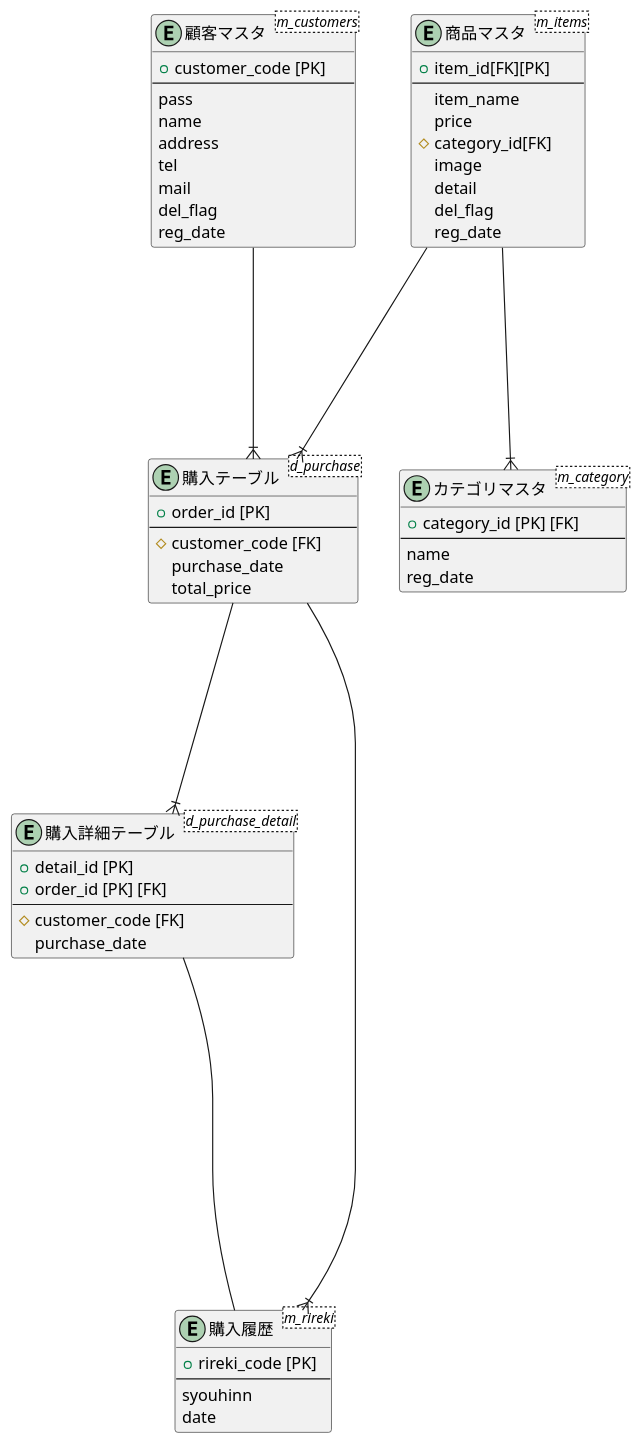
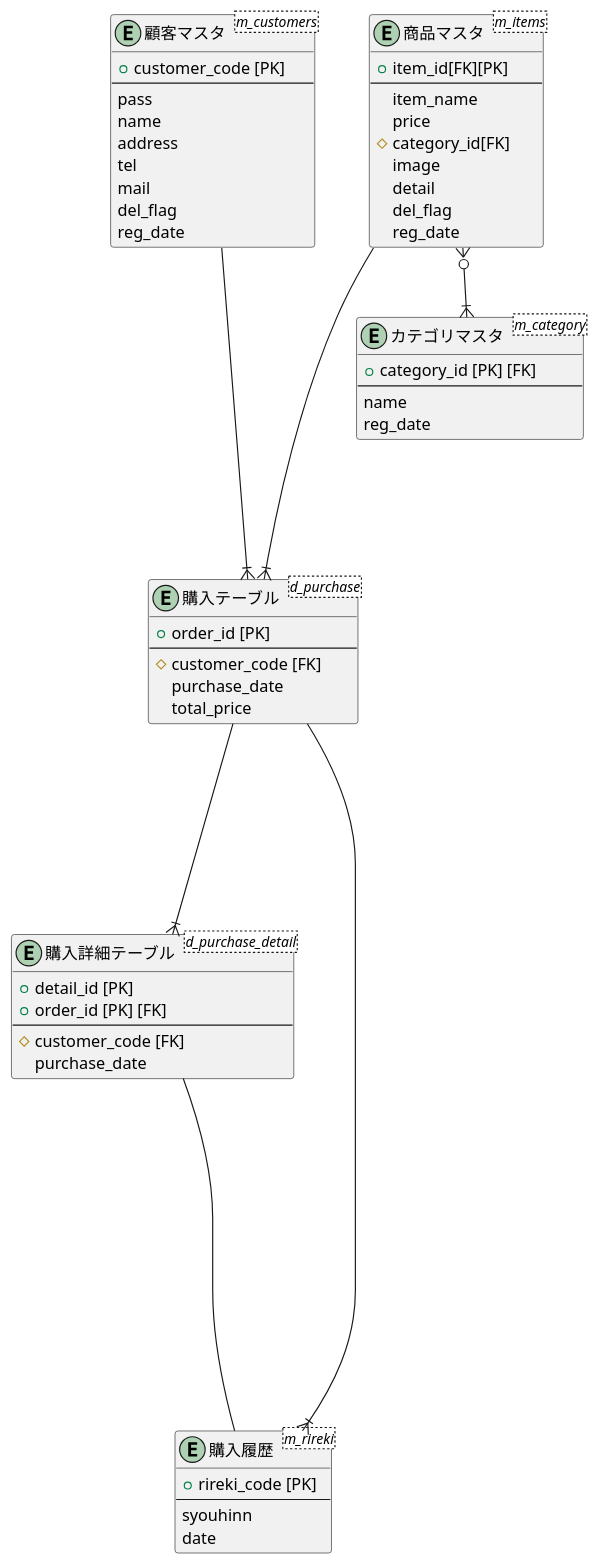
The diagram in db/original/ER.md (aso2001036/2021sys-design), drawn with PlantUML before and after one commit.

````diff
--- a/db/original/ER.md
+++ b/db/original/ER.md
@@ -1,64 +1,64 @@
 ```puml
 @startuml
 entity "購入テーブル" as purchase <d_purchase> {
 + order_id [PK]
 --
 # customer_code [FK]
 purchase_date
 total_price
 }
 
 entity "購入詳細テーブル" as purcher_detail <d_purchase_detail> {
 + detail_id [PK]
 + order_id [PK] [FK]
 --
 # customer_code [FK]
 purchase_date
 }
 
 entity "顧客マスタ" as customer <m_customers> {
 + customer_code [PK]
 --
 pass
 name
 address
 tel
 mail
 del_flag
 reg_date
 }
 
 entity "購入履歴" as rireki <m_rireki> {
 + rireki_code [PK]
 --
 syouhinn
 date
 }
 
 entity "カテゴリマスタ" as category <m_category> {
 + category_id [PK] [FK]
 --
 name
 reg_date
 }
 
 entity "商品マスタ" as items <m_items> {
 + item_id[FK][PK]
 --
 item_name
 price
 # category_id[FK]
 image
 detail
 del_flag
 reg_date
 }
 
 purchase ----|{ purcher_detail
 purchase ----|{ rireki
 purcher_detail ------ rireki
 customer ----|{ purchase
 items ----|{ purchase
-items ----|{ category
+items }o--|{ category
 @enduml
 ```
````
